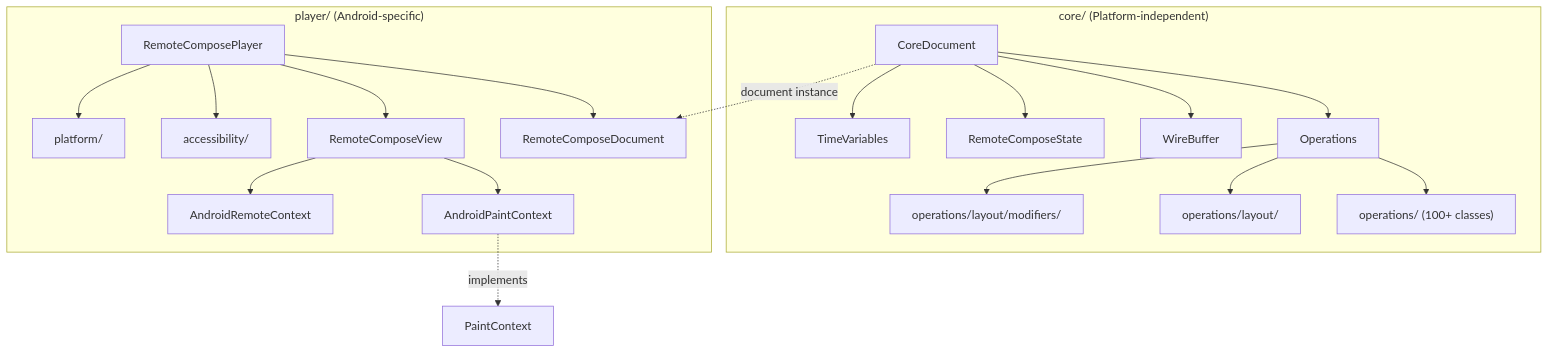
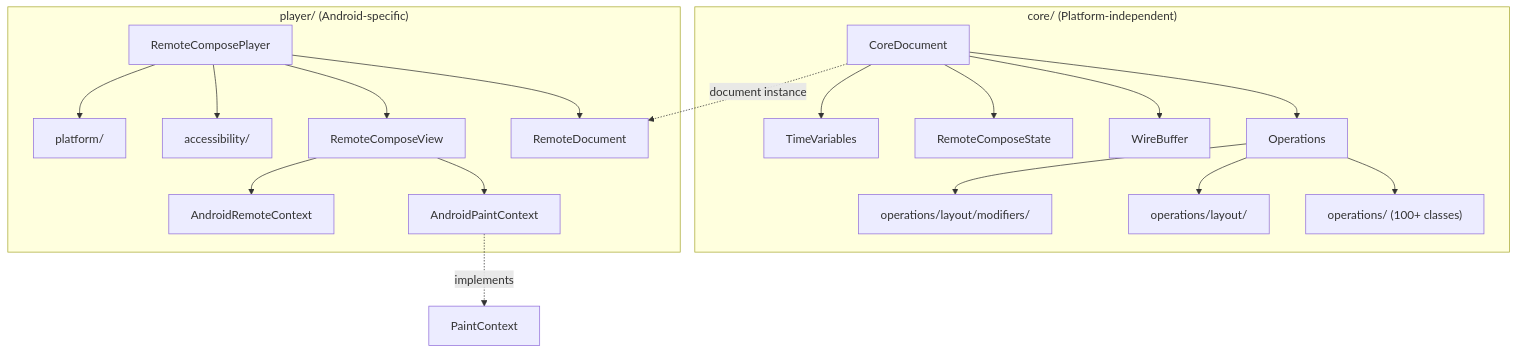
One commit to aospbooks/aosp-internal-book changed the sixth of 10 diagrams in agents/claude/skills/aosp-ui-framework/44-widgets-remoteviews.md. Above: the diagram before and after it, drawn with Mermaid. The commit also changed other lines of this file and 218 other files, not shown here.

````diff
--- a/agents/claude/skills/aosp-ui-framework/44-widgets-remoteviews.md
+++ b/agents/claude/skills/aosp-ui-framework/44-widgets-remoteviews.md
@@ -970,24 +1002,24 @@
 ```mermaid
 flowchart TB
     subgraph "core/ (Platform-independent)"
         A[CoreDocument] --> B[Operations]
         A --> C[WireBuffer]
         A --> D[RemoteComposeState]
         A --> E[TimeVariables]
         B --> F["operations/ (100+ classes)"]
         B --> G["operations/layout/"]
         B --> H["operations/layout/modifiers/"]
     end
 
     subgraph "player/ (Android-specific)"
-        I[RemoteComposePlayer] --> J[RemoteComposeDocument]
+        I[RemoteComposePlayer] --> J[RemoteDocument]
         I --> K[RemoteComposeView]
         K --> L[AndroidPaintContext]
         K --> M[AndroidRemoteContext]
         I --> N["accessibility/"]
         I --> O["platform/"]
     end
 
     A -.->|"document instance"| J
     L -.->|"implements"| P[PaintContext]
 ```
````
